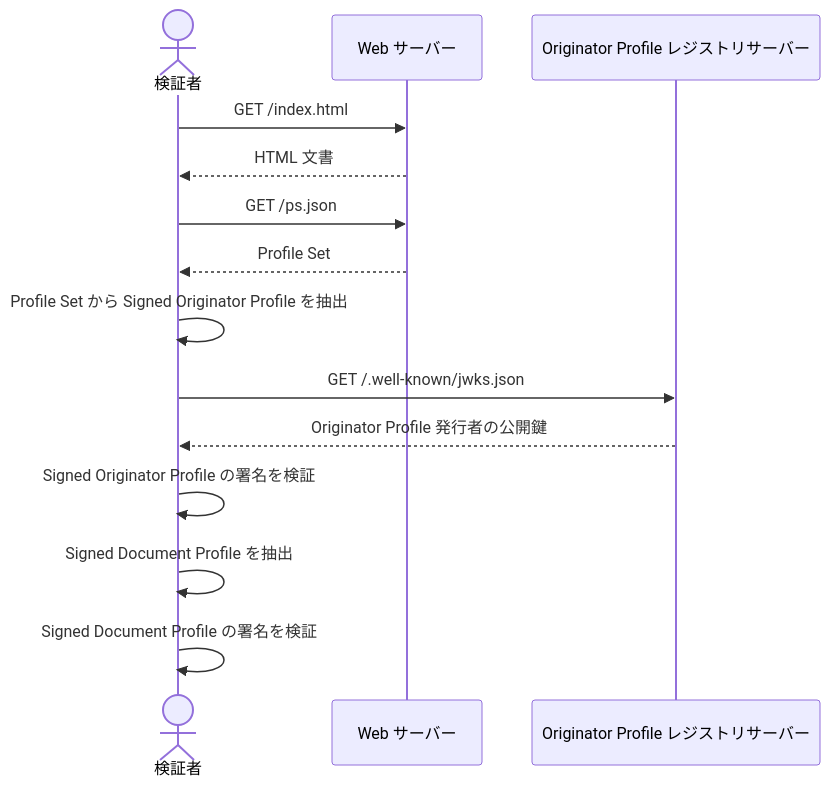
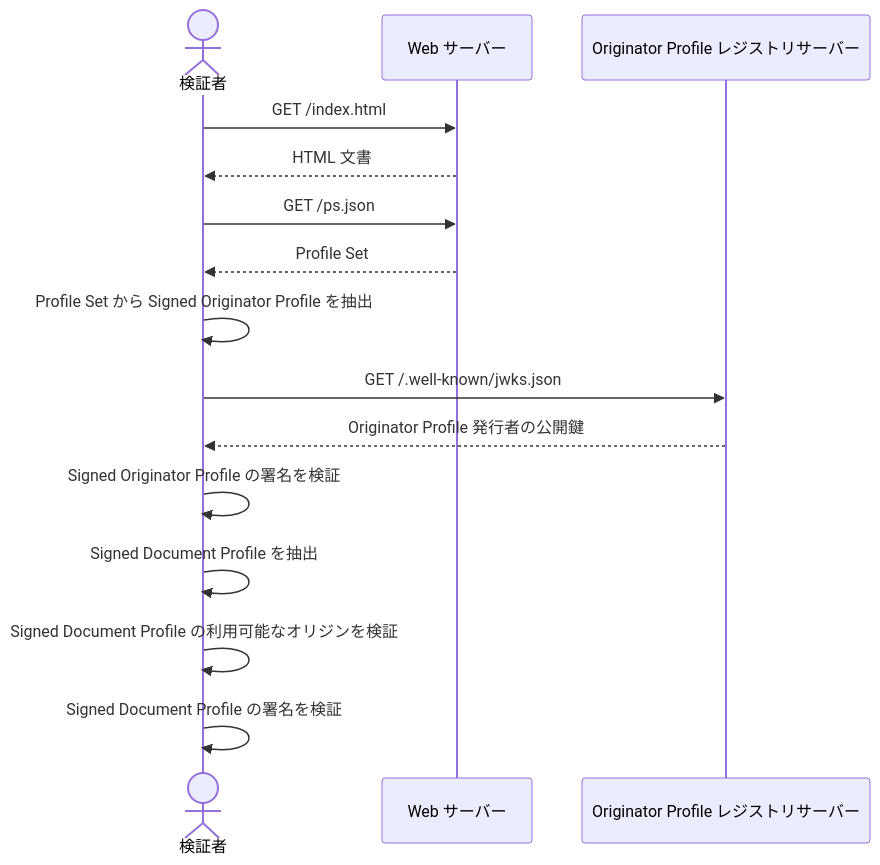
The second of 2 diagrams in docs/spec.md (originator-profile/profile-share), drawn with Mermaid before and after one commit. The commit also changed other lines of this file, not shown here.

````diff
--- a/docs/spec.md
+++ b/docs/spec.md
@@ -133,20 +133,21 @@
 ```mermaid
 sequenceDiagram
 actor 検証者
 participant Web サーバー
 
 検証者->>Web サーバー: GET /index.html
 Web サーバー-->>検証者: HTML 文書
 
 検証者->>Web サーバー: GET /ps.json
 Web サーバー-->>検証者: Profile Set
 
 検証者->>検証者: Profile Set から Signed Originator Profile を抽出
 
 検証者->>Originator Profile レジストリサーバー: GET /.well-known/jwks.json
 Originator Profile レジストリサーバー-->>検証者: Originator Profile 発行者の公開鍵
 
 検証者->>検証者: Signed Originator Profile の署名を検証
 検証者->>検証者: Signed Document Profile を抽出
+検証者->>検証者: Signed Document Profile の利用可能なオリジンを検証
 検証者->>検証者: Signed Document Profile の署名を検証
 ```
````
